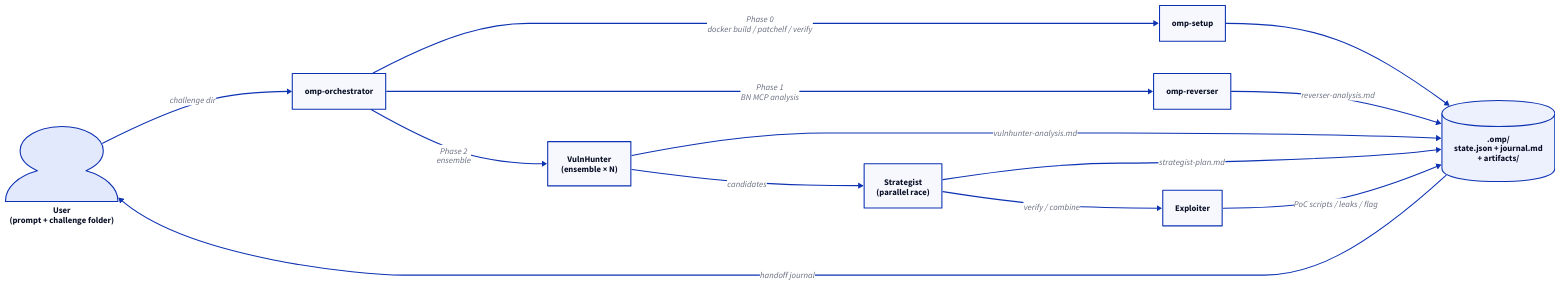
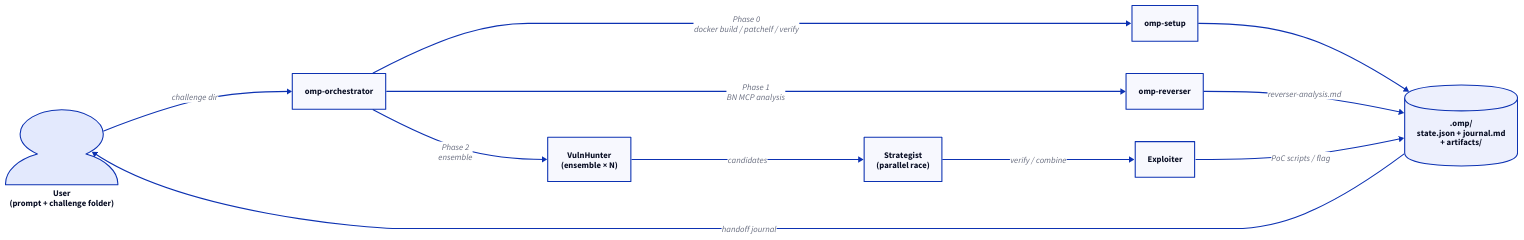
One commit to youner119/oh-my-pwn changed the diagram in assets/architecture.d2. Above: the diagram before and after it, drawn with D2. The commit also changed 2 other files, not shown here.

Commit message:
docs(README): D2 정보 제거 + SVG 재빌드 (schema cleanup 반영)
D2 사항을 README 본문에서 제거:
- "빌드하려면 (D2 필요): d2 assets/architecture.d2 ..." 명령 안내 삭제
- details fold 안의 D2 source mirror 삭제
- 단순 `![architecture](assets/architecture.svg)` image embed 만 남김
- D2 source 자체 (`assets/architecture.d2`) 는 유지 (regen 가능)

`assets/architecture.d2` 정정 (a56f8df schema cleanup 반영):
- `vh -> state: vulnhunter-analysis.md` 화살표 제거 — VH 는 더 이상
  state/markdown direct write 안 함 (8f0d427 ensemble paradigm).
- `sa -> state: strategist-plan.md` 화살표 제거 — strategist_plan_path
  schema field 도 제거됨 (a56f8df).
- `exp -> state: "PoC scripts / leaks / flag"` → "PoC scripts / flag" —
  `leaks` field 폐지 ("PoC code is the unit of knowledge").

SVG 재빌드: `d2 assets/architecture.d2 assets/architecture.svg`.

```diff
--- a/assets/architecture.d2
+++ b/assets/architecture.d2
@@ -1,41 +1,36 @@
-# oh-my-pwn 파이프라인 — 간단한 버전.
-# Render: d2 assets/architecture.d2 assets/architecture.svg
-
 direction: right
 
 user: {
   label: "User\n(prompt + challenge folder)"
   shape: person
 }
 
 state: {
   label: ".omp/\nstate.json + journal.md\n+ artifacts/"
   shape: cylinder
 }
 
 orch: omp-orchestrator
 setup: omp-setup
 rev: omp-reverser
 vh: {
   label: "VulnHunter\n(ensemble × N)"
 }
 sa: {
   label: "Strategist\n(parallel race)"
 }
 exp: Exploiter
 
 user -> orch: "challenge dir"
 
 orch -> setup: "Phase 0\ndocker build / patchelf / verify"
 orch -> rev: "Phase 1\nBN MCP analysis"
 orch -> vh: "Phase 2\nensemble"
 vh -> sa: "candidates"
 sa -> exp: "verify / combine"
 
 setup -> state
 rev -> state: "reverser-analysis.md"
-vh -> state: "vulnhunter-analysis.md"
-sa -> state: "strategist-plan.md"
-exp -> state: "PoC scripts / leaks / flag"
+exp -> state: "PoC scripts / flag"
 
 state -> user: "handoff journal"
```
